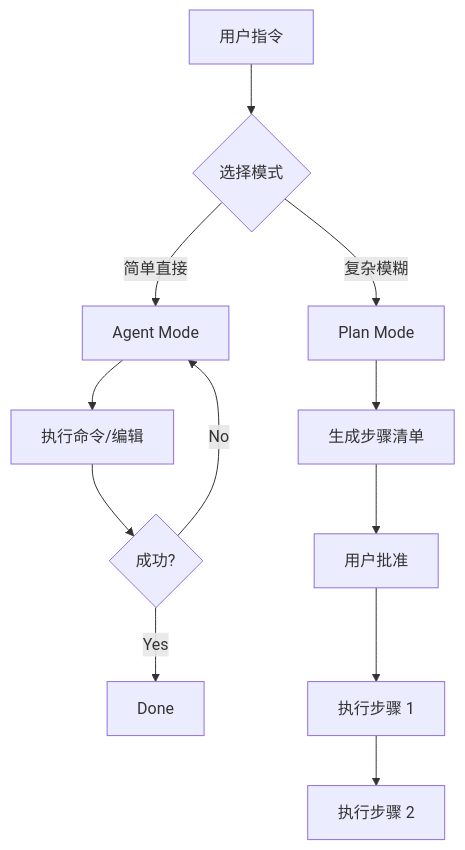
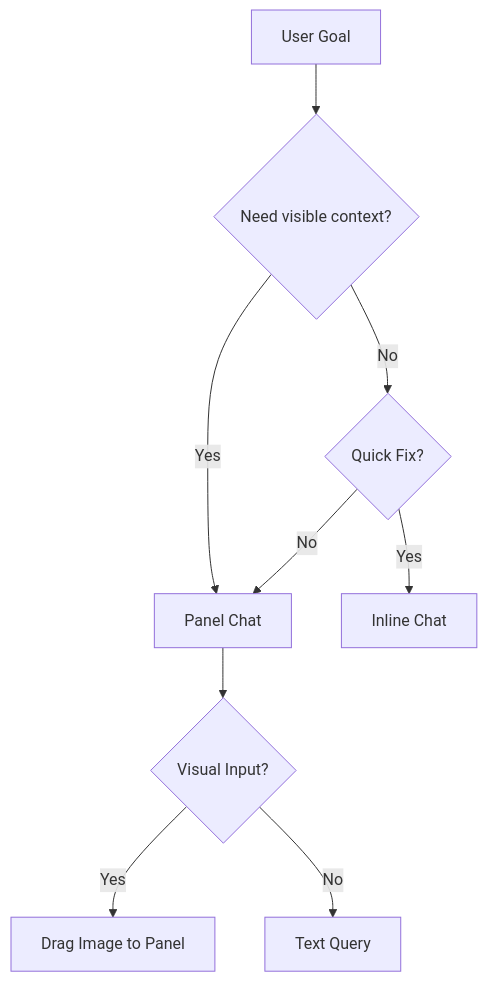
One commit to gaoshanj/github-copilot-workshop-2026 changed the third of 9 diagrams in presentation/slides.md. Above: the diagram before and after it, drawn with Mermaid. The commit also changed other lines of this file and 4 other files, not shown here.

````diff
--- a/presentation/slides.md
+++ b/presentation/slides.md
@@ -413,16 +176,11 @@
 ```mermaid
 graph TD
-    User[用户指令] --> Router{选择模式}
-    Router -->|简单直接| Agent[Agent Mode]
-    Router -->|复杂模糊| Plan[Plan Mode]
-    
-    Agent --> Exec[执行命令/编辑]
-    Exec --> Check{成功?}
-    Check -->|No| Agent
-    Check -->|Yes| Done
-    
-    Plan --> Draft[生成步骤清单]
-    Draft --> Confirm[用户批准]
-    Confirm --> Step1[执行步骤 1]
-    Step1 --> Step2[执行步骤 2]
+    A[User Goal] --> B{Need visible context?}
+    B -->|Yes| C[Panel Chat]
+    B -->|No| D{Quick Fix?}
+    D -->|Yes| E[Inline Chat]
+    D -->|No| C
+    C --> F{Visual Input?}
+    F -->|Yes| G[Drag Image to Panel]
+    F -->|No| H[Text Query]
 ```
````
